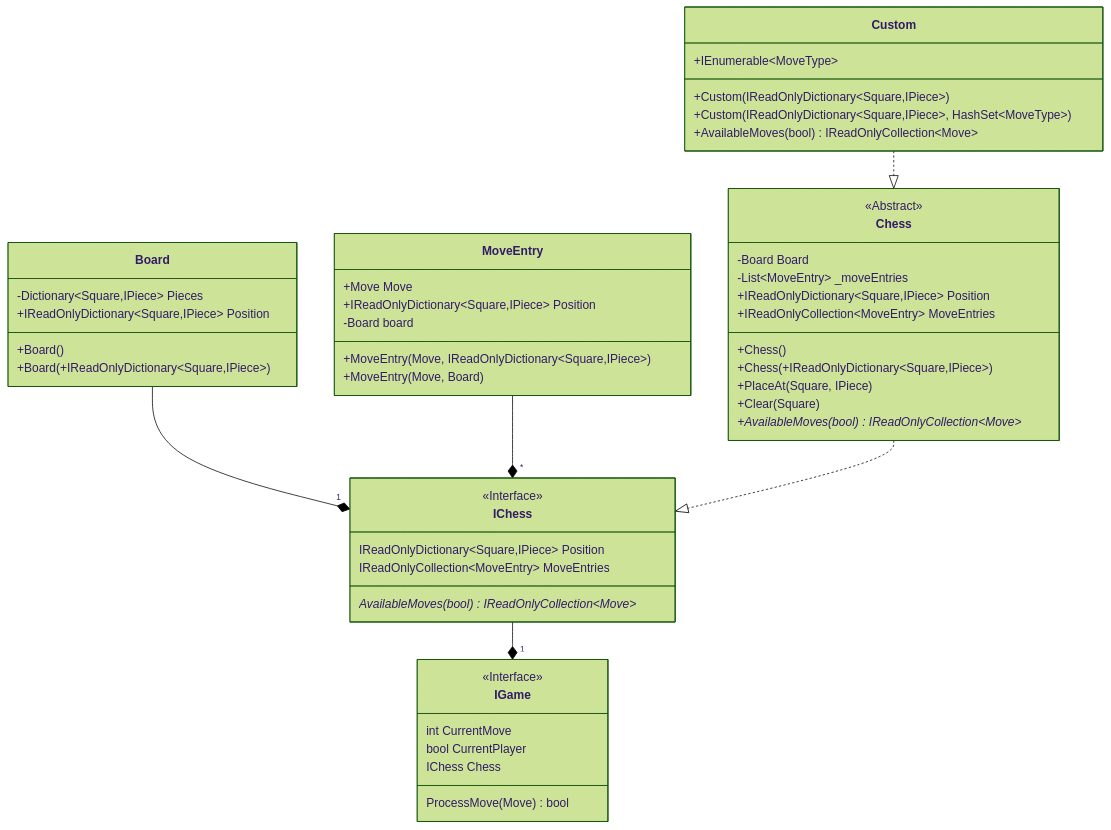
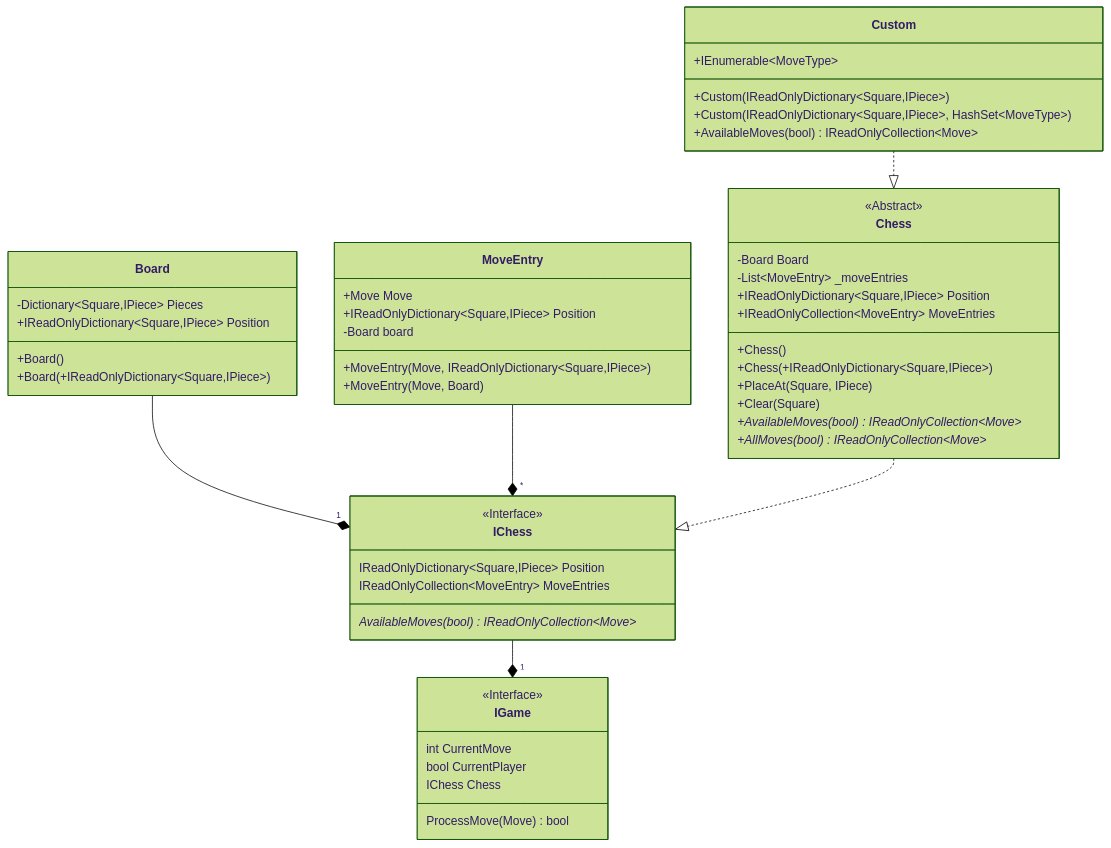
Diagram 11 of 16 in README.md (JeanLColombo/Mate), drawn with Mermaid (forest theme) before and after one commit. The commit also changed other lines of this file and 10 other files, not shown here.

````diff
--- a/README.md
+++ b/README.md
@@ -174,52 +174,53 @@
 ```mermaid
     classDiagram
     class IChess{
         <<Interface>>
         IReadOnlyDictionary~Square,IPiece~ Position
         IReadOnlyCollection~MoveEntry~ MoveEntries
         AvailableMoves(bool)* IReadOnlyCollection~Move~
     }
     class IGame{
         <<Interface>>
         int CurrentMove
         bool CurrentPlayer
         IChess Chess
         ProcessMove(Move) bool
     }
     class Chess{
         <<Abstract>>
         -Board Board
         -List~MoveEntry~ _moveEntries
         +IReadOnlyDictionary~Square,IPiece~ Position
         +IReadOnlyCollection~MoveEntry~ MoveEntries
         +Chess()
         +Chess(+IReadOnlyDictionary~Square,IPiece~)
         +PlaceAt(Square, IPiece) 
         +Clear(Square)
         +AvailableMoves(bool)* IReadOnlyCollection~Move~
+        +AllMoves(bool)* IReadOnlyCollection~Move~
     }
     class Board{
         -Dictionary~Square,IPiece~ Pieces
         +IReadOnlyDictionary~Square,IPiece~ Position 
         +Board()
         +Board(+IReadOnlyDictionary~Square,IPiece~)
     }
     class MoveEntry{
         +Move Move
         +IReadOnlyDictionary~Square,IPiece~ Position
         -Board board
         +MoveEntry(Move, IReadOnlyDictionary~Square,IPiece~)
         +MoveEntry(Move, Board)
     }
     class Custom{
         +IEnumerable~MoveType~
         +Custom(IReadOnlyDictionary~Square,IPiece~)
         +Custom(IReadOnlyDictionary~Square,IPiece~, HashSet~MoveType~)
         +AvailableMoves(bool) IReadOnlyCollection~Move~
     }
     Board --* "1" IChess
     MoveEntry --* "*" IChess
     Chess ..|> IChess
     IChess --* "1" IGame
     Custom ..|> Chess
 ```
````
